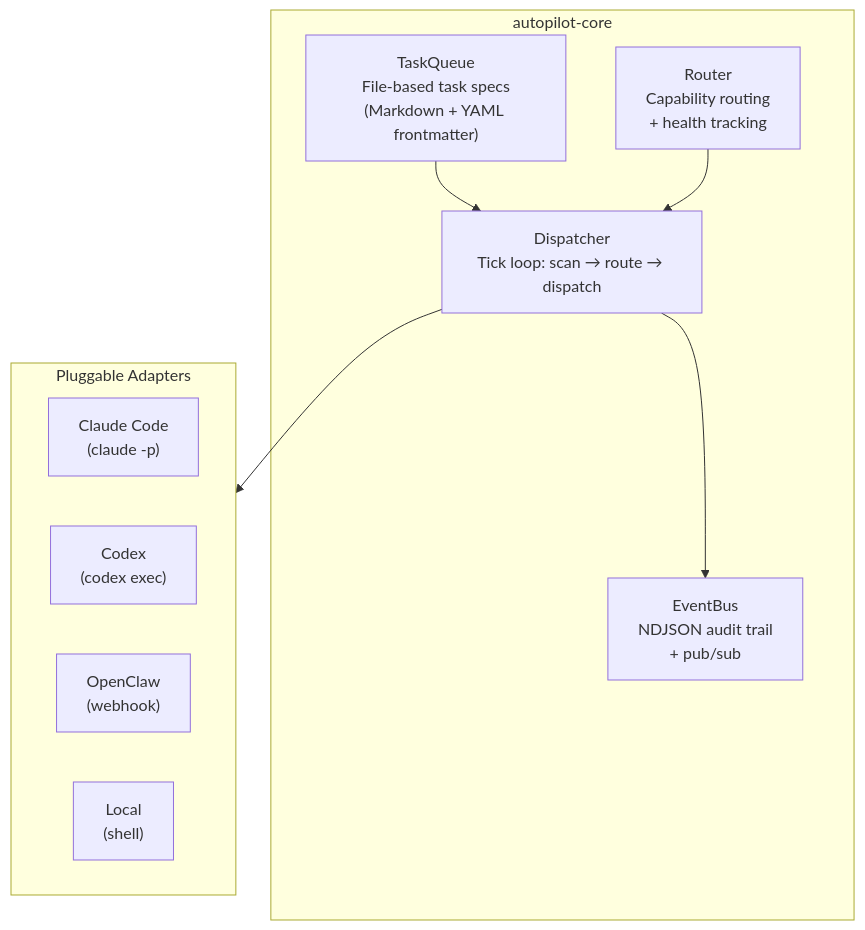
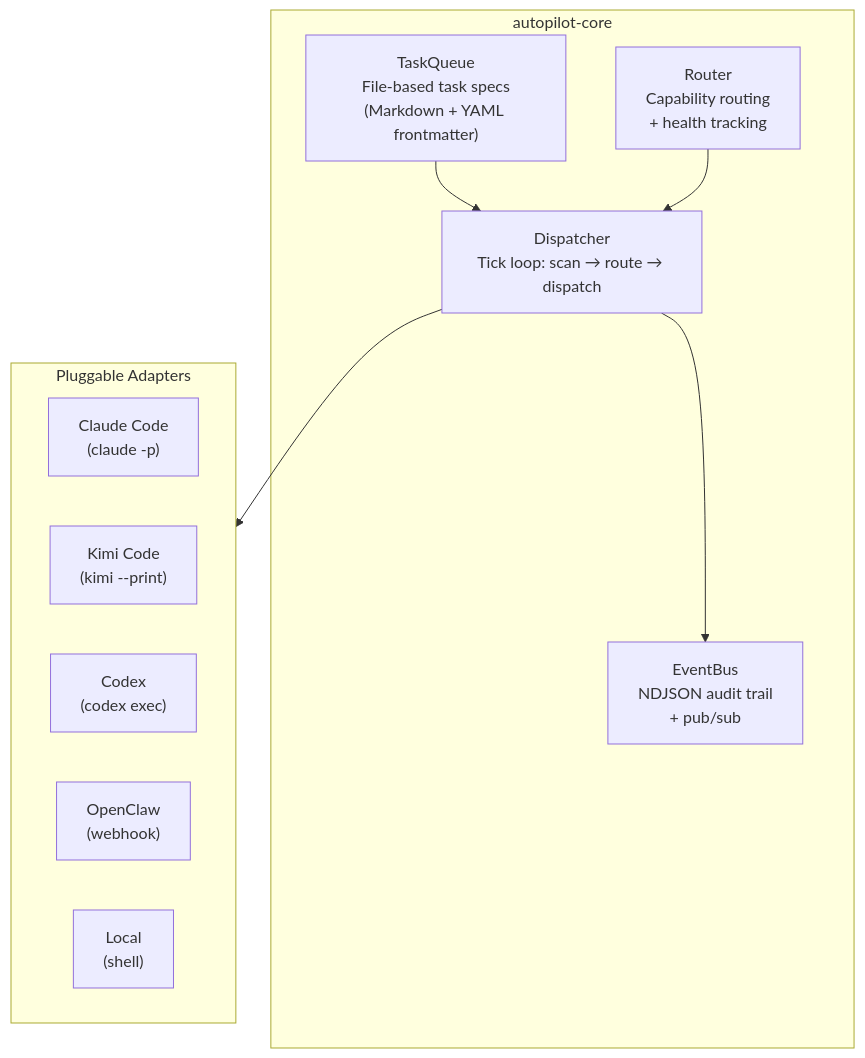
The diagram in README.md (WuKongAI-CMU/autopilot), drawn with Mermaid before and after one commit. The commit also changed other lines of this file and 2 other files, not shown here.

Commit message:
feat: add Kimi Code adapter for multi-model volume execution
Kimi K2.5 (Moonshot AI) adapter mirrors Claude Code's CLI pattern:
kimi --print -p "prompt" with session resumability, thinking mode,
and output parsing. Enables multi-model routing strategy where
Claude handles architectural work and Kimi handles volume tasks.

- KimiAdapter with full CLI command building and output extraction
- 9 new tests (74 total, all passing)
- README updated with Kimi in architecture diagram

````diff
--- a/README.md
+++ b/README.md
@@ -14,21 +14,22 @@
 ```mermaid
 flowchart TB
     subgraph Core["autopilot-core"]
         Q["TaskQueue<br/>File-based task specs<br/>(Markdown + YAML frontmatter)"]
         R["Router<br/>Capability routing<br/>+ health tracking"]
         D["Dispatcher<br/>Tick loop: scan → route → dispatch"]
         E["EventBus<br/>NDJSON audit trail<br/>+ pub/sub"]
     end
 
     subgraph Adapters["Pluggable Adapters"]
         A1["Claude Code<br/>(claude -p)"]
-        A2["Codex<br/>(codex exec)"]
-        A3["OpenClaw<br/>(webhook)"]
-        A4["Local<br/>(shell)"]
+        A2["Kimi Code<br/>(kimi --print)"]
+        A3["Codex<br/>(codex exec)"]
+        A4["OpenClaw<br/>(webhook)"]
+        A5["Local<br/>(shell)"]
     end
 
     Q --> D
     R --> D
     D --> Adapters
     D --> E
 ```
````
